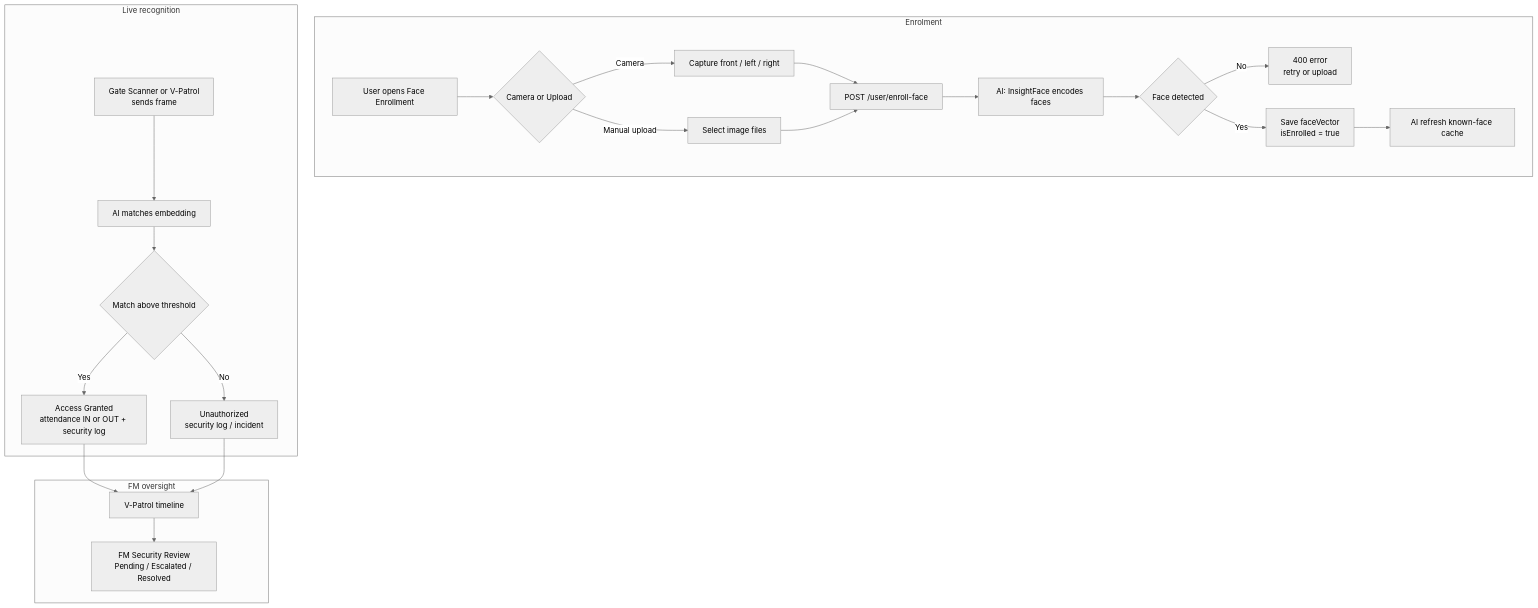
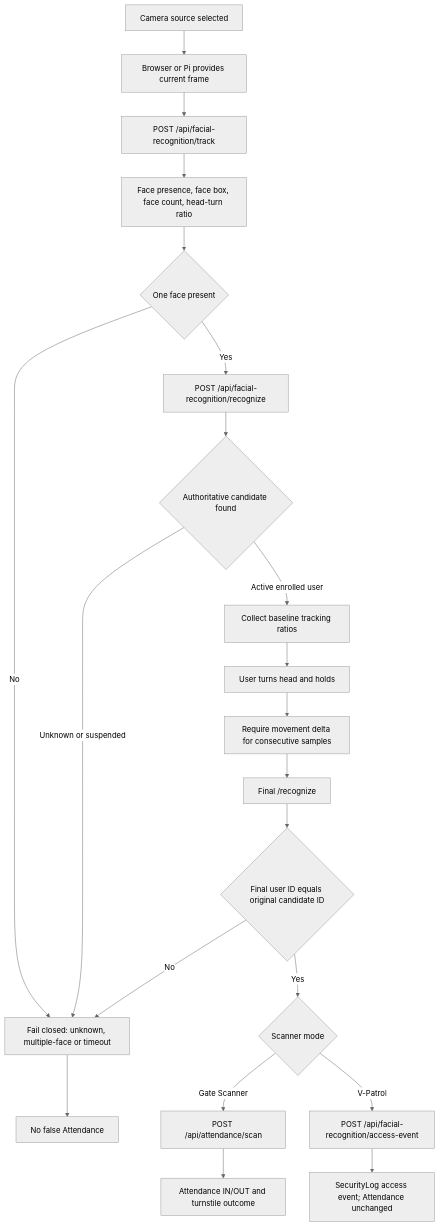
The first of 3 diagrams in design/md/facial-recognition-flow.md (keatkean/FlowGuard), drawn with Mermaid (neutral theme) before and after one commit. The commit also changed other lines of this file and 43 other files, not shown here.

Commit message:
docs: align public site and project evidence with FlowGuard PoC

````diff
--- a/design/md/facial-recognition-flow.md
+++ b/design/md/facial-recognition-flow.md
@@ -5,28 +5,23 @@
 ```mermaid
 flowchart TB
-  subgraph Enrol[Enrolment]
-    A[User opens Face Enrollment] --> B{Camera or Upload}
-    B -->|Camera| C[Capture front / left / right]
-    B -->|Manual upload| D[Select image files]
-    C --> E[POST /user/enroll-face]
-    D --> E
-    E --> F[AI: InsightFace encodes faces]
-    F --> G{Face detected}
-    G -->|No| H[400 error<br/>retry or upload]
-    G -->|Yes| I[Save faceVector<br/>isEnrolled = true]
-    I --> J[AI refresh known-face cache]
-  end
-
-  subgraph Recognise[Live recognition]
-    K[Gate Scanner or V-Patrol<br/>sends frame] --> L[AI matches embedding]
-    L --> M{Match above threshold}
-    M -->|Yes| N[Access Granted<br/>attendance IN or OUT + security log]
-    M -->|No| O[Unauthorized<br/>security log / incident]
-  end
-
-  subgraph Review[FM oversight]
-    N --> P[V-Patrol timeline]
-    O --> P
-    P --> Q[FM Security Review<br/>Pending / Escalated / Resolved]
-  end
+  A[Camera source selected] --> B[Browser or Pi provides current frame]
+  B --> C[POST /api/facial-recognition/track]
+  C --> D[Face presence, face box, face count, head-turn ratio]
+  D --> E{One face present}
+  E -->|No| X[Fail closed: unknown, multiple-face or timeout]
+  E -->|Yes| F[POST /api/facial-recognition/recognize]
+  F --> G{Authoritative candidate found}
+  G -->|Unknown or suspended| X
+  G -->|Active enrolled user| H[Collect baseline tracking ratios]
+  H --> I[User turns head and holds]
+  I --> J[Require movement delta for consecutive samples]
+  J --> K[Final /recognize]
+  K --> L{Final user ID equals original candidate ID}
+  L -->|No| X
+  L -->|Yes| M{Scanner mode}
+  M -->|Gate Scanner| N[POST /api/attendance/scan]
+  N --> O[Attendance IN/OUT and turnstile outcome]
+  M -->|V-Patrol| P[POST /api/facial-recognition/access-event]
+  P --> Q[SecurityLog access event; Attendance unchanged]
+  X --> R[No false Attendance]
 ```
````
